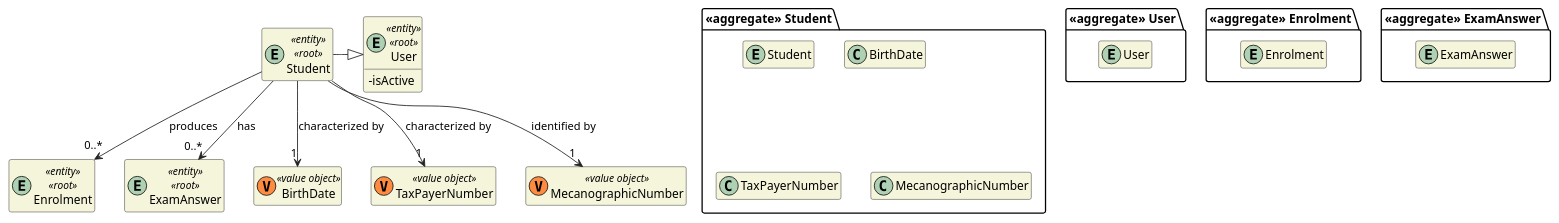
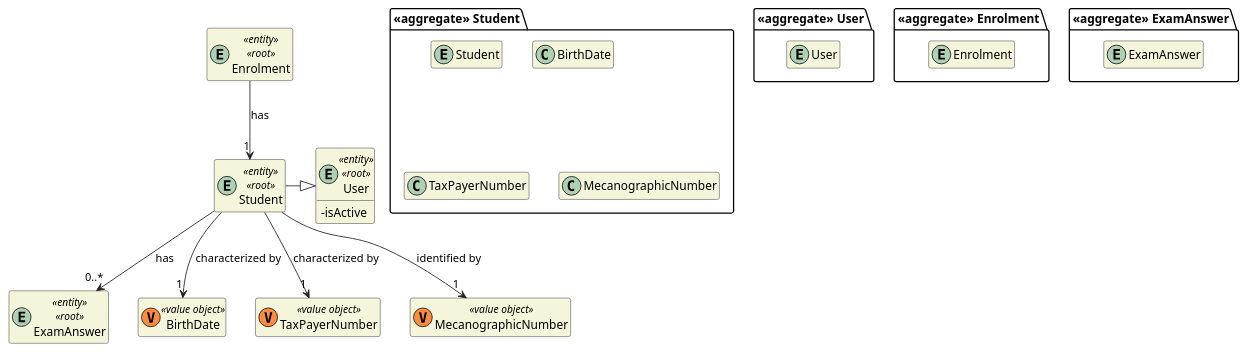
One commit to miseEnPlace-dev/lapr4 changed the diagram in docs/dm/DM_Student.puml. Above: the diagram before and after it, drawn with PlantUML. The commit also changed 2 other files, not shown here.

Commit message:
docs: changed dm enrol as student (#7)

```diff
--- a/docs/dm/DM_Student.puml
+++ b/docs/dm/DM_Student.puml
@@ -1,57 +1,57 @@
 @startuml DM-STUDENT
 'https://plantuml.com/class-diagram
 
 skinparam classAttributeIconSize 0
 hide empty attributes
 hide empty methods
 skinparam classBackgroundColor beige
 skinparam ArrowColor #222222
 
 package "<<aggregate>> User" {
     entity User
 }
 
 entity User <<entity>> <<root>> {
   - isActive
 }
 
 package "<<aggregate>> Enrolment" {
   entity Enrolment
 }
 
 entity Enrolment <<entity>> <<root>> {
 }
 
 package "<<aggregate>> ExamAnswer" {
   entity ExamAnswer
 }
 
 entity ExamAnswer <<entity>> <<root>> {
 }
 
 package "<<aggregate>> Student" {
   entity Student
 
   class BirthDate
   class TaxPayerNumber
   class MecanographicNumber
 }
 
 entity Student <<entity>> <<root>> {
 }
 
 class BirthDate <<(V,#FF8B40) value object>> {}
 class TaxPayerNumber <<(V,#FF8B40) value object>> {}
 class MecanographicNumber <<(V,#FF8B40) value object>> {}
 
 Student --> "1" BirthDate : characterized by
 Student --> "1" TaxPayerNumber : characterized by
 Student --> "1" MecanographicNumber : identified by
 
 Student -|> User
 
-Student --> "0..*" Enrolment : produces
+Enrolment --> "1" Student : has
 
 Student --> "0..*" ExamAnswer : has
 
 @enduml
```
